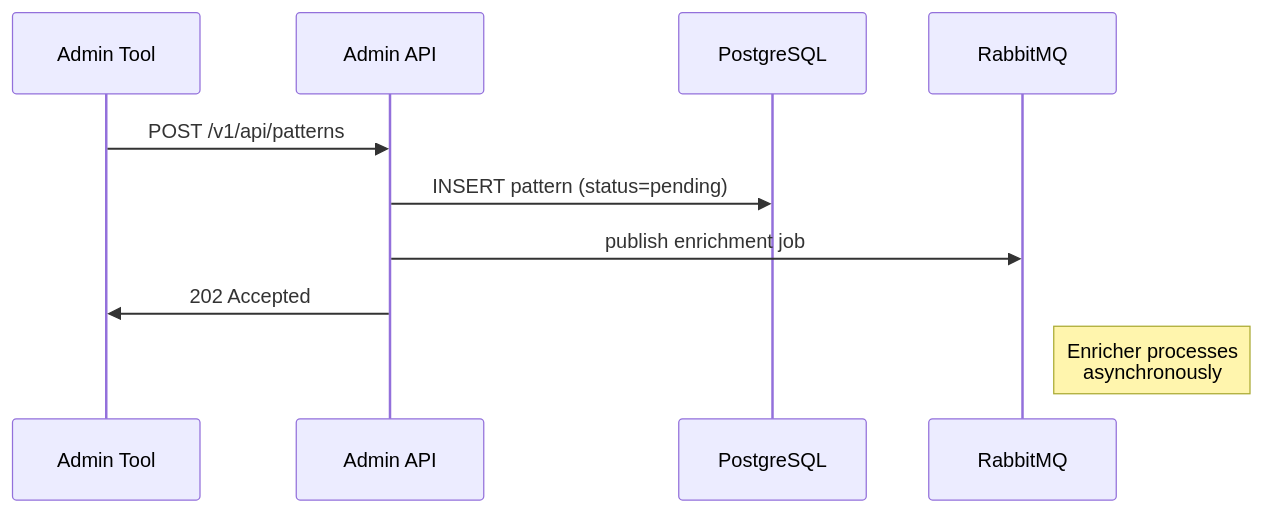
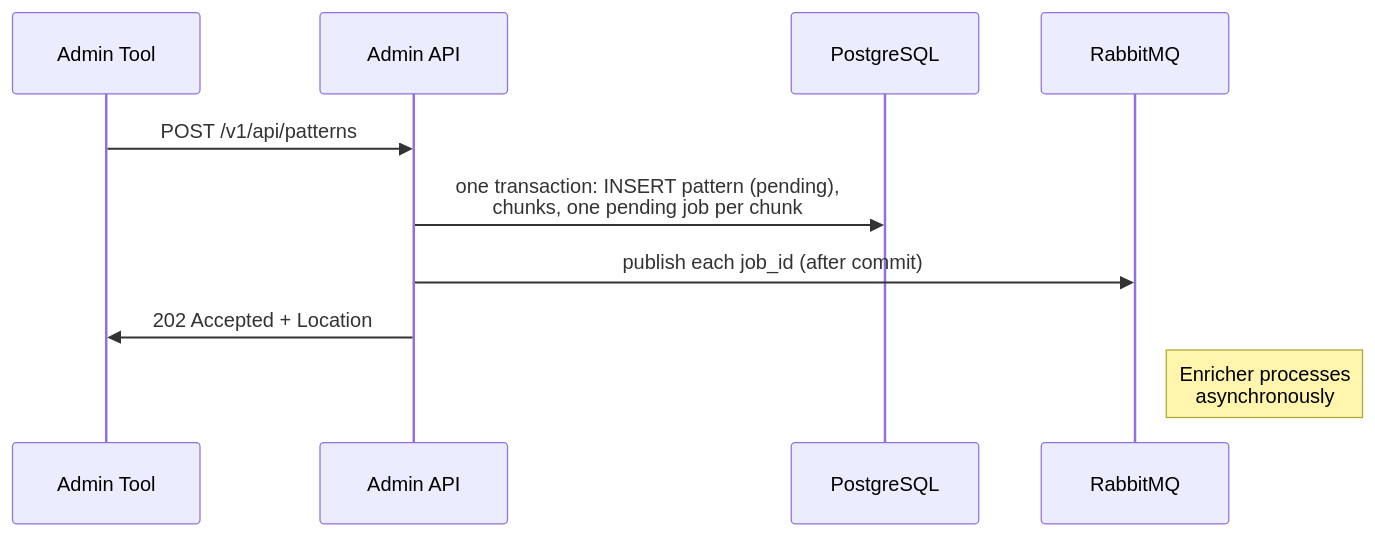
One commit to twistingmercury/mnemonic-docs changed the third of 6 diagrams in docs/architecture/system/03-communication-patterns.md. Above: the diagram before and after it, drawn with Mermaid. The commit also changed other lines of this file and 41 other files, not shown here.

````diff
--- a/docs/architecture/system/03-communication-patterns.md
+++ b/docs/architecture/system/03-communication-patterns.md
@@ -131,13 +137,13 @@
 ```mermaid
 sequenceDiagram
     participant C as Admin Tool
     participant API as Admin API
     participant PG as PostgreSQL
     participant RMQ as RabbitMQ
 
     C->>API: POST /v1/api/patterns
-    API->>PG: INSERT pattern (status=pending)
-    API->>RMQ: publish enrichment job
-    API->>C: 202 Accepted
+    API->>PG: one transaction: INSERT pattern (pending),<br/>chunks, one pending job per chunk
+    API->>RMQ: publish each job_id (after commit)
+    API->>C: 202 Accepted + Location
     Note right of RMQ: Enricher processes<br/>asynchronously
 ```
````
